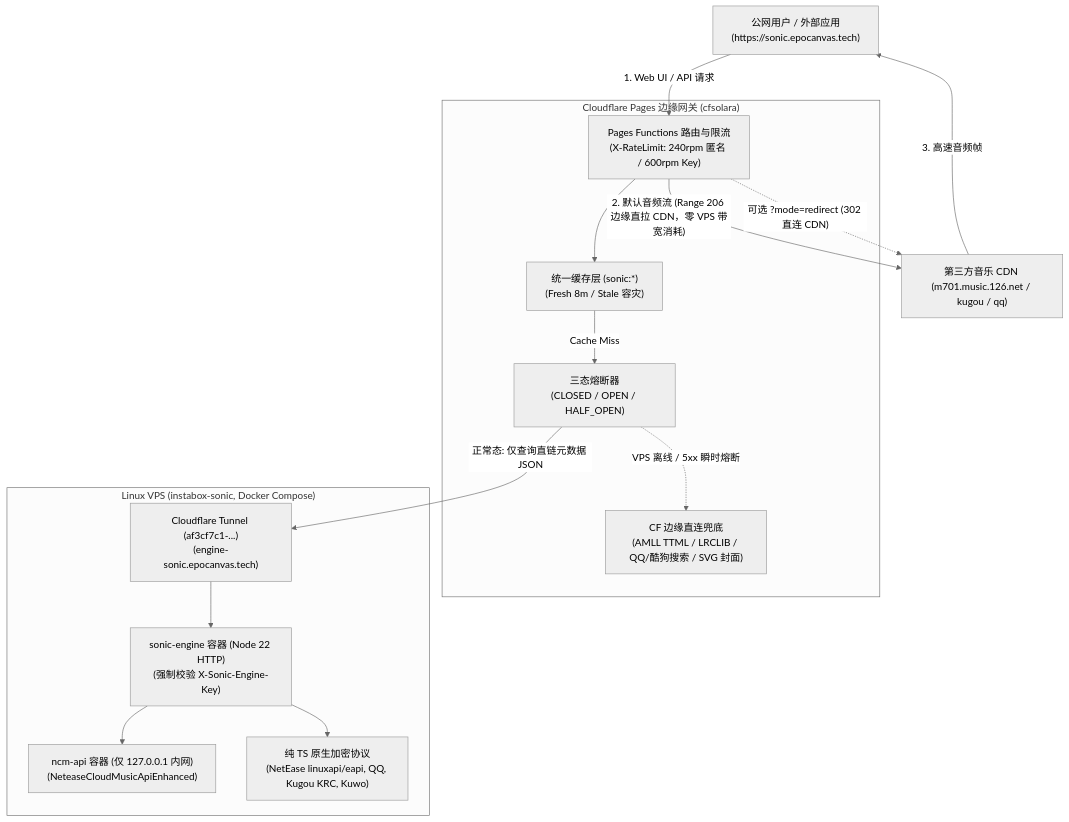
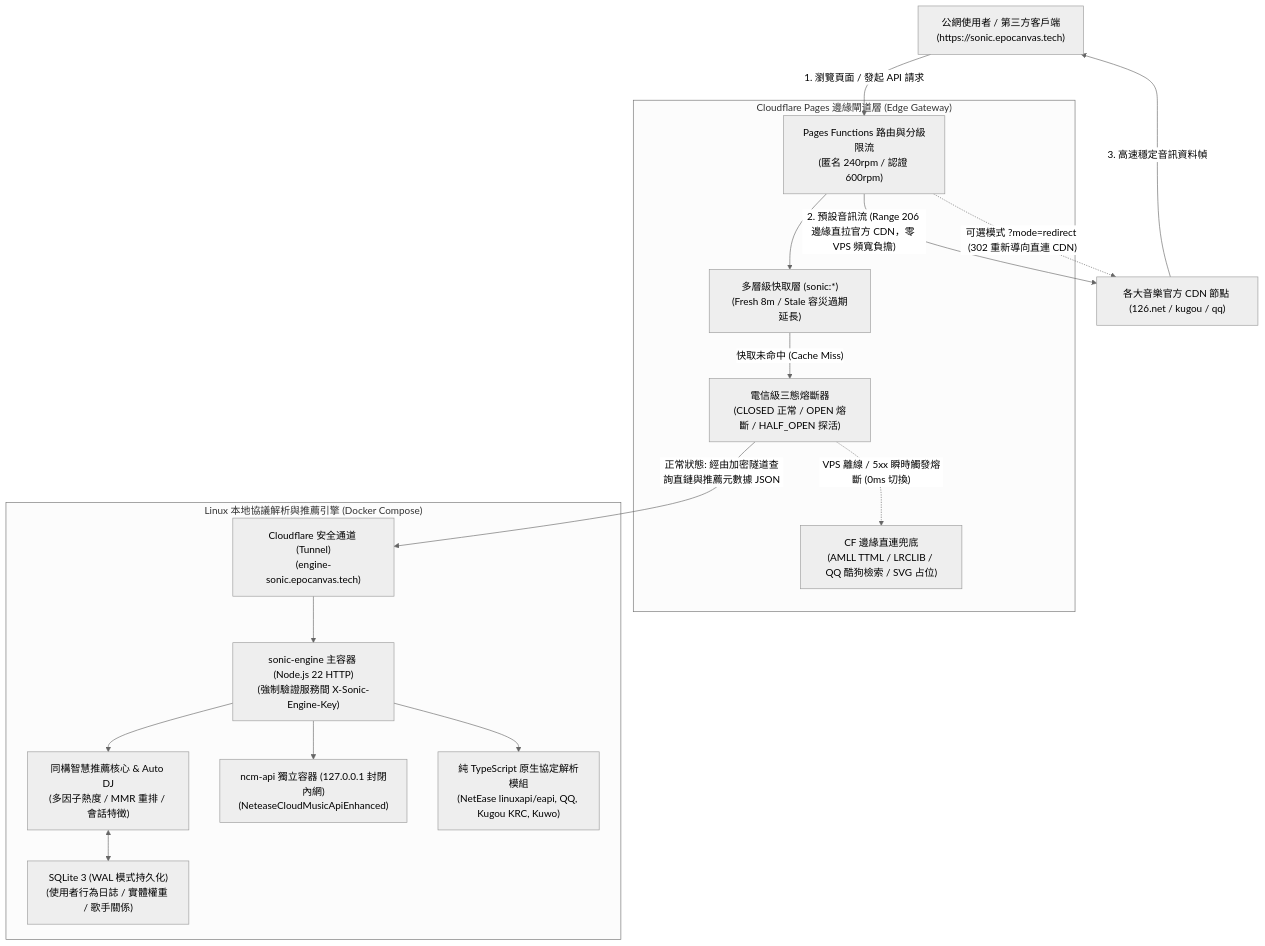
One commit to shijianus/sonic changed the first of 2 diagrams in README.md. Above: the diagram before and after it, drawn with Mermaid (neutral theme). The commit also changed other lines of this file, not shown here.

Commit message:
docs: 重寫完善正體中文 README, 獨立展示 Sonic 核心架構與自主推薦優勢

````diff
--- a/README.md
+++ b/README.md
@@ -13,33 +42,37 @@
 ```mermaid
 flowchart TD
-  User["公网用户 / 外部应用<br/>(https://sonic.epocanvas.tech)"]
+  User["公網使用者 / 第三方客戶端<br/>(https://sonic.epocanvas.tech)"]
 
-  subgraph Edge["Cloudflare Pages 边缘网关 (cfsolara)"]
-    PagesRouter["Pages Functions 路由与限流<br/>(X-RateLimit: 240rpm 匿名 / 600rpm Key)"]
-    EdgeCache["统一缓存层 (sonic:*)<br/>(Fresh 8m / Stale 容灾)"]
-    CircuitBreaker["三态熔断器<br/>(CLOSED / OPEN / HALF_OPEN)"]
-    CFDirect["CF 边缘直连兜底<br/>(AMLL TTML / LRCLIB / QQ/酷狗搜索 / SVG 封面)"]
+  subgraph Edge["Cloudflare Pages 邊緣閘道層 (Edge Gateway)"]
+    PagesRouter["Pages Functions 路由與分級限流<br/>(匿名 240rpm / 認證 600rpm)"]
+    EdgeCache["多層級快取層 (sonic:*)<br/>(Fresh 8m / Stale 容災過期延長)"]
+    CircuitBreaker["電信級三態熔斷器<br/>(CLOSED 正常 / OPEN 熔斷 / HALF_OPEN 探活)"]
+    CFDirect["CF 邊緣直連兜底<br/>(AMLL TTML / LRCLIB / QQ 酷狗檢索 / SVG 占位)"]
   end
 
-  subgraph VPS["Linux VPS (instabox-sonic, Docker Compose)"]
-    Tunnel["Cloudflare Tunnel (af3cf7c1-...)<br/>(engine-sonic.epocanvas.tech)"]
-    SonicEngine["sonic-engine 容器 (Node 22 HTTP)<br/>(强制校验 X-Sonic-Engine-Key)"]
-    NCMSidecar["ncm-api 容器 (仅 127.0.0.1 内网)<br/>(NeteaseCloudMusicApiEnhanced)"]
-    NativeProtocols["纯 TS 原生加密协议<br/>(NetEase linuxapi/eapi, QQ, Kugou KRC, Kuwo)"]
+  subgraph VPS["Linux 本地協議解析與推薦引擎 (Docker Compose)"]
+    Tunnel["Cloudflare 安全通道 (Tunnel)<br/>(engine-sonic.epocanvas.tech)"]
+    SonicEngine["sonic-engine 主容器 (Node.js 22 HTTP)<br/>(強制驗證服務間 X-Sonic-Engine-Key)"]
+    RecoCore["同構智慧推薦核心 & Auto DJ<br/>(多因子熱度 / MMR 重排 / 會話特徵)"]
+    SQLiteDB["SQLite 3 (WAL 模式持久化)<br/>(使用者行為日誌 / 實體權重 / 歌手關係)"]
+    NCMSidecar["ncm-api 獨立容器 (127.0.0.1 封閉內網)<br/>(NeteaseCloudMusicApiEnhanced)"]
+    NativeProtocols["純 TypeScript 原生協定解析模組<br/>(NetEase linuxapi/eapi, QQ, Kugou KRC, Kuwo)"]
   end
 
-  CDN["第三方音乐 CDN (m701.music.126.net / kugou / qq)"]
+  CDN["各大音樂官方 CDN 節點 (126.net / kugou / qq)"]
 
-  User -->|"1. Web UI / API 请求"| PagesRouter
+  User -->|"1. 瀏覽頁面 / 發起 API 請求"| PagesRouter
   PagesRouter --> EdgeCache
-  EdgeCache -->|"Cache Miss"| CircuitBreaker
-  CircuitBreaker -->|"正常态: 仅查询直链元数据 JSON"| Tunnel
+  EdgeCache -->|"快取未命中 (Cache Miss)"| CircuitBreaker
+  CircuitBreaker -->|"正常狀態: 經由加密隧道查詢直鏈與推薦元數據 JSON"| Tunnel
   Tunnel --> SonicEngine
+  SonicEngine --> RecoCore
+  RecoCore <--> SQLiteDB
   SonicEngine --> NCMSidecar
   SonicEngine --> NativeProtocols
-  CircuitBreaker -.->|"VPS 离线 / 5xx 瞬时熔断"| CFDirect
+  CircuitBreaker -.->|"VPS 離線 / 5xx 瞬時觸發熔斷 (0ms 切換)"| CFDirect
 
-  PagesRouter -->|"2. 默认音频流 (Range 206 边缘直拉 CDN，零 VPS 带宽消耗)"| CDN
-  PagesRouter -.->|"可选 ?mode=redirect (302 直连 CDN)"| CDN
-  CDN -->|"3. 高速音频帧"| User
+  PagesRouter -->|"2. 預設音訊流 (Range 206 邊緣直拉官方 CDN，零 VPS 頻寬負擔)"| CDN
+  PagesRouter -.->|"可選模式 ?mode=redirect (302 重新導向直連 CDN)"| CDN
+  CDN -->|"3. 高速穩定音訊資料幀"| User
 ```
````
